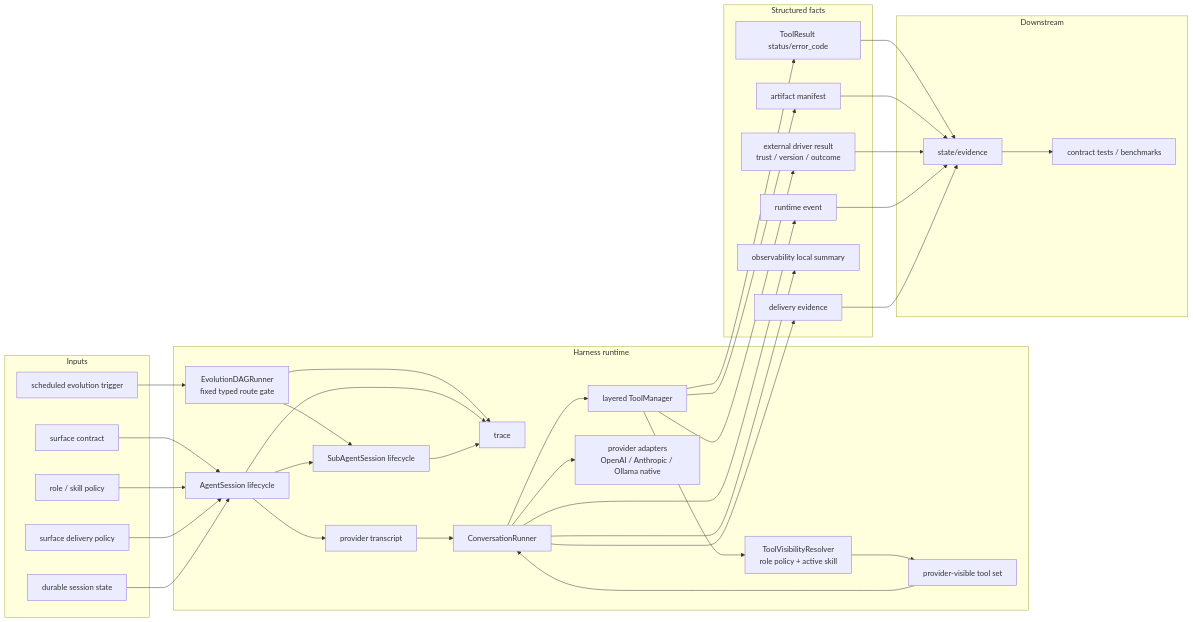
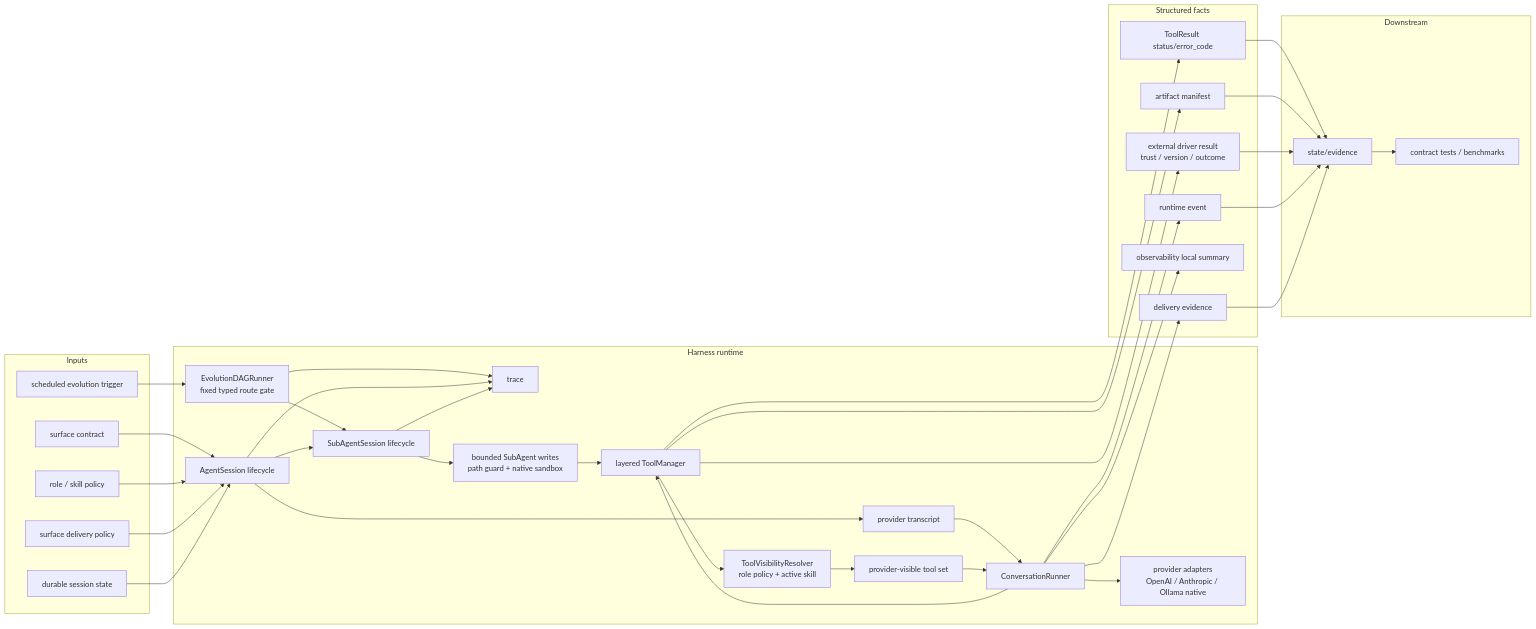
One commit to fightheyyy/XiaoBa-CLI changed the second of 2 diagrams in docs/agent-runtime/SPEC.md. Above: the diagram before and after it, drawn with Mermaid. The commit also changed other lines of this file and 24 other files, not shown here.

````diff
--- a/docs/agent-runtime/SPEC.md
+++ b/docs/agent-runtime/SPEC.md
@@ -116,67 +121,70 @@
 ```mermaid
 flowchart LR
     subgraph Inputs["Inputs"]
         Surface["surface contract"]
         Policy["role / skill policy"]
         SurfacePolicy["surface delivery policy"]
         Durable["durable session state"]
         Scheduled["scheduled evolution trigger"]
     end
 
     subgraph Harness["Harness runtime"]
         Session["AgentSession lifecycle"]
         Subagent["SubAgentSession lifecycle"]
         Trace["trace"]
         Transcript["provider transcript"]
         Runner["ConversationRunner"]
         Tools["layered ToolManager"]
         Resolver["ToolVisibilityResolver<br/>role policy + active skill"]
         VisibleTools["provider-visible tool set"]
         Providers["provider adapters<br/>OpenAI / Anthropic / Ollama native"]
         EvolutionDAG["EvolutionDAGRunner<br/>fixed typed route gate"]
+        WriteBoundary["bounded SubAgent writes<br/>path guard + native sandbox"]
     end
 
     subgraph Facts["Structured facts"]
         ToolResult["ToolResult status/error_code"]
         Delivery["delivery evidence"]
         RuntimeEvent["runtime event"]
         Artifact["artifact manifest"]
         LocalSummary["observability local summary"]
         DriverResult["external driver result<br/>trust / version / outcome"]
     end
 
     subgraph Downstream["Downstream"]
         Evidence["state/evidence"]
         Gates["contract tests / benchmarks"]
     end
 
     Surface --> Session
     Policy --> Session
     SurfacePolicy --> Session
     Durable --> Session
     Scheduled --> EvolutionDAG
     EvolutionDAG --> Subagent
     EvolutionDAG --> Trace
     Session --> Trace
     Session --> Subagent
     Subagent --> Trace
+    Subagent --> WriteBoundary
+    WriteBoundary --> Tools
     Session --> Transcript
     Transcript --> Runner
     Runner --> Providers
     Runner --> Tools
     Tools --> Resolver
     Resolver --> VisibleTools
     VisibleTools --> Runner
     Tools --> ToolResult
     Tools --> Artifact
     Tools --> DriverResult
     Runner --> RuntimeEvent
     Runner --> Delivery
     Runner --> LocalSummary
     ToolResult --> Evidence
     Artifact --> Evidence
     DriverResult --> Evidence
     RuntimeEvent --> Evidence
     Delivery --> Evidence
     Evidence --> Gates
 ```
````
